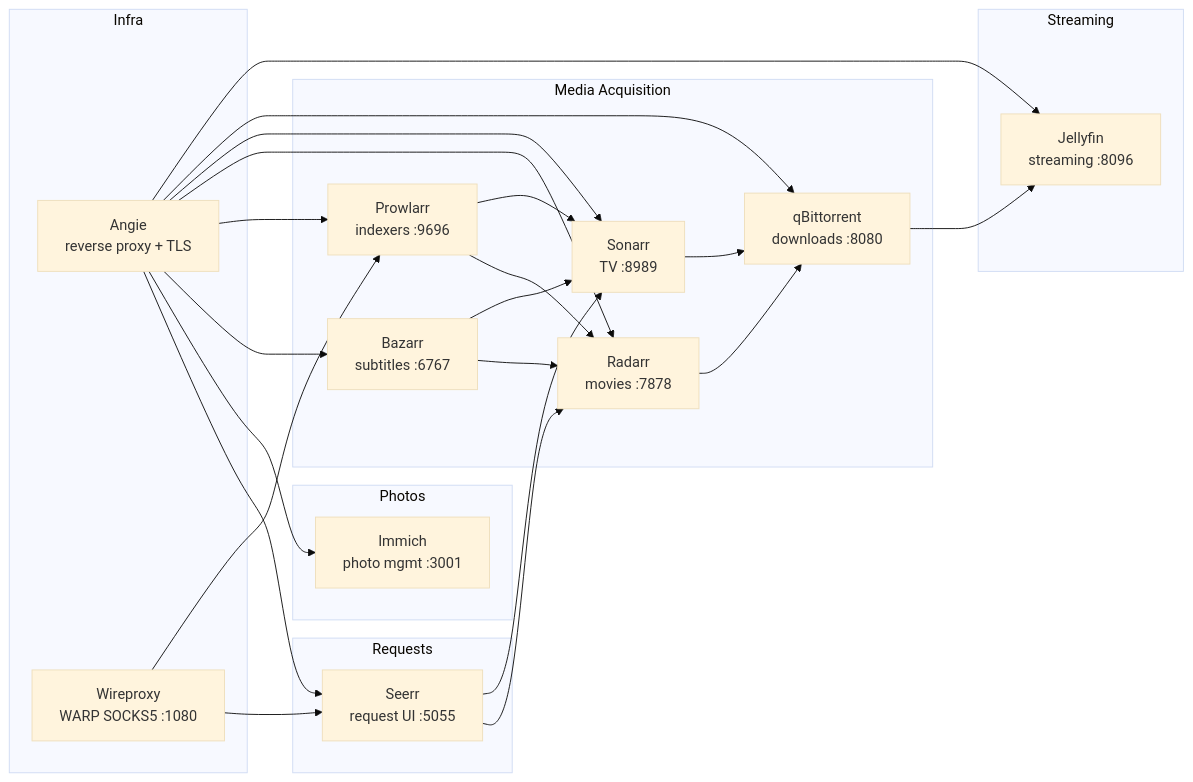
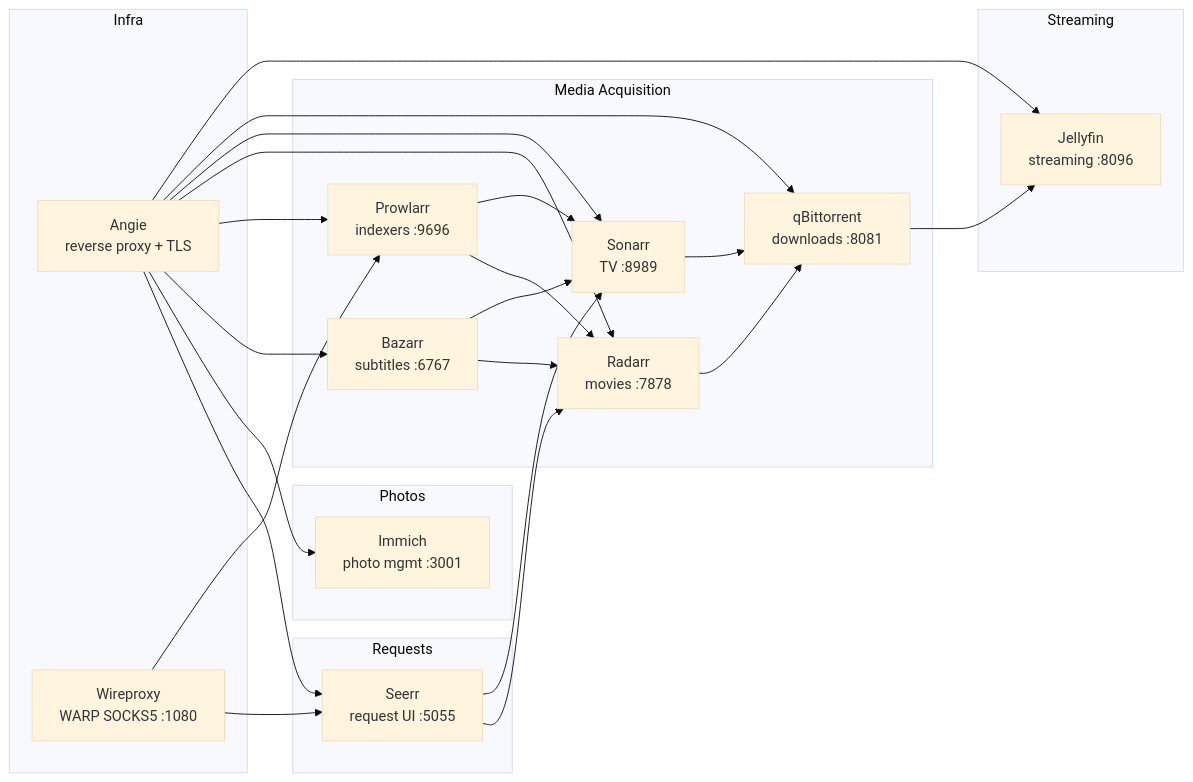
Before and after one commit to rverma-dev/mediaserver: the first of 2 diagrams in README.md, drawn with Mermaid (base theme). The commit also changed other lines of this file and 4 other files, not shown here.

````diff
--- a/README.md
+++ b/README.md
@@ -7,37 +7,37 @@
 ```mermaid
 graph LR
   subgraph Media Acquisition
     Prowlarr[Prowlarr<br/>indexers :9696] --> Sonarr[Sonarr<br/>TV :8989]
     Prowlarr --> Radarr[Radarr<br/>movies :7878]
-    Sonarr --> qBit[qBittorrent<br/>downloads :8080]
+    Sonarr --> qBit[qBittorrent<br/>downloads :8081]
     Radarr --> qBit
     Bazarr[Bazarr<br/>subtitles :6767] --> Sonarr
     Bazarr --> Radarr
   end
 
   subgraph Streaming
     qBit --> Jellyfin[Jellyfin<br/>streaming :8096]
   end
 
   subgraph Requests
     Seerr[Seerr<br/>request UI :5055] --> Sonarr
     Seerr --> Radarr
   end
 
   subgraph Photos
     Immich[Immich<br/>photo mgmt :3001]
   end
 
   subgraph Infra
     Angie[Angie<br/>reverse proxy + TLS] --> Jellyfin
     Angie --> qBit
     Angie --> Sonarr
     Angie --> Radarr
     Angie --> Prowlarr
     Angie --> Bazarr
     Angie --> Immich
     Angie --> Seerr
     Wireproxy[Wireproxy<br/>WARP SOCKS5 :1080] --> Prowlarr
     Wireproxy --> Seerr
   end
 ```
````
